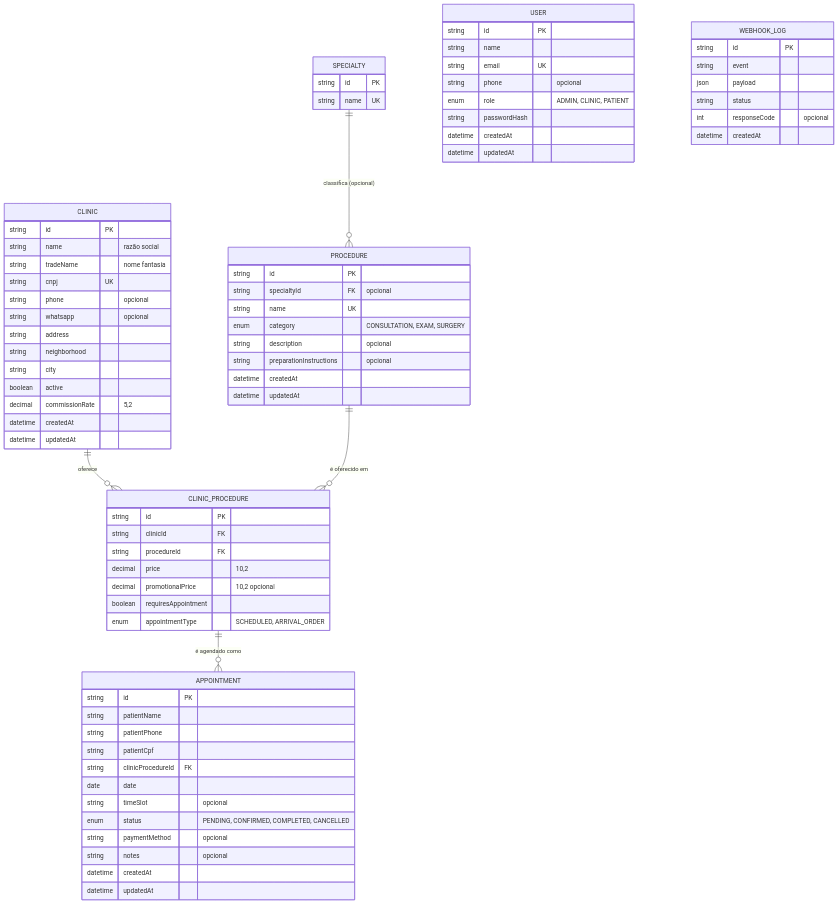
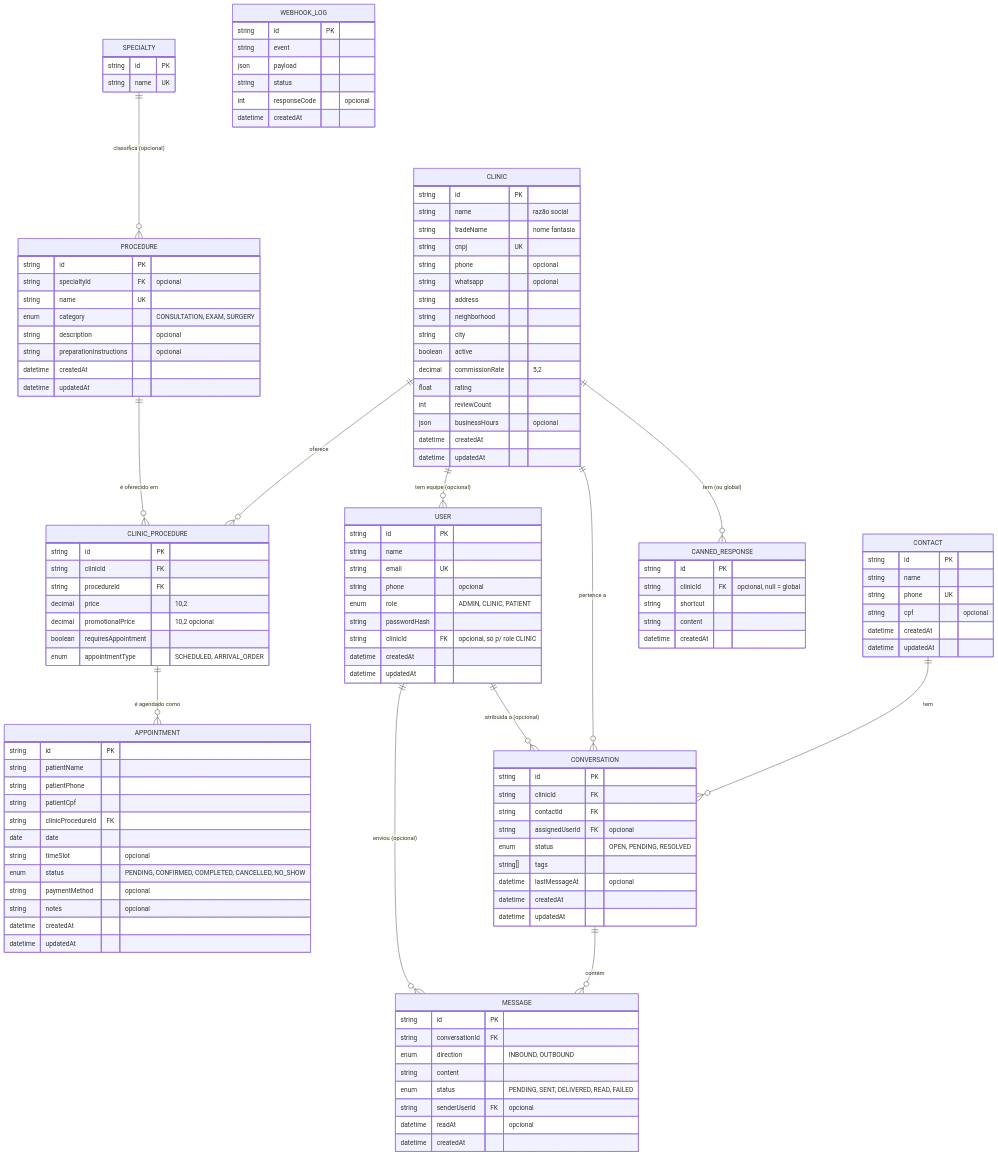
The diagram in docs/obsidian/02 - Dicionário de Dados e Banco.md (marquesemoreno/marcacao), drawn with Mermaid before and after one commit. The commit also changed other lines of this file and 5 other files, not shown here.

First line of the commit message:
Document the full architecture in docs/obsidian

````diff
--- a/docs/obsidian/02 - Dicionário de Dados e Banco.md
+++ b/docs/obsidian/02 - Dicionário de Dados e Banco.md
@@ -18,5 +18,6 @@
 ```mermaid
 erDiagram
+    CLINIC ||--o{ USER : "tem equipe (opcional)"
     CLINIC ||--o{ CLINIC_PROCEDURE : "oferece"
     PROCEDURE ||--o{ CLINIC_PROCEDURE : "é oferecido em"
     SPECIALTY ||--o{ PROCEDURE : "classifica (opcional)"
@@ -29,6 +30,7 @@
         string phone "opcional"
         enum role "ADMIN, CLINIC, PATIENT"
         string passwordHash
+        string clinicId FK "opcional, só p/ role CLINIC"
         datetime createdAt
         datetime updatedAt
     }
@@ -44,6 +46,9 @@
         string city
         boolean active
         decimal commissionRate "5,2"
+        float rating
+        int reviewCount
+        json businessHours "opcional"
         datetime createdAt
         datetime updatedAt
     }
@@ -78,7 +83,7 @@
         string clinicProcedureId FK
         date date
         string timeSlot "opcional"
-        enum status "PENDING, CONFIRMED, COMPLETED, CANCELLED"
+        enum status "PENDING, CONFIRMED, COMPLETED, CANCELLED, NO_SHOW"
         string paymentMethod "opcional"
         string notes "opcional"
         datetime createdAt
@@ -92,4 +97,47 @@
         int responseCode "opcional"
         datetime createdAt
     }
+    CONTACT ||--o{ CONVERSATION : "tem"
+    CLINIC ||--o{ CONVERSATION : "pertence a"
+    USER ||--o{ CONVERSATION : "atribuída a (opcional)"
+    CONVERSATION ||--o{ MESSAGE : "contém"
+    USER ||--o{ MESSAGE : "enviou (opcional)"
+    CLINIC ||--o{ CANNED_RESPONSE : "tem (ou global)"
+
+    CONTACT {
+        string id PK
+        string name
+        string phone UK
+        string cpf "opcional"
+        datetime createdAt
+        datetime updatedAt
+    }
+    CONVERSATION {
+        string id PK
+        string clinicId FK
+        string contactId FK
+        string assignedUserId FK "opcional"
+        enum status "OPEN, PENDING, RESOLVED"
+        string[] tags
+        datetime lastMessageAt "opcional"
+        datetime createdAt
+        datetime updatedAt
+    }
+    MESSAGE {
+        string id PK
+        string conversationId FK
+        enum direction "INBOUND, OUTBOUND"
+        string content
+        enum status "PENDING, SENT, DELIVERED, READ, FAILED"
+        string senderUserId FK "opcional"
+        datetime readAt "opcional"
+        datetime createdAt
+    }
+    CANNED_RESPONSE {
+        string id PK
+        string clinicId FK "opcional, null = global"
+        string shortcut
+        string content
+        datetime createdAt
+    }
 ```
````
